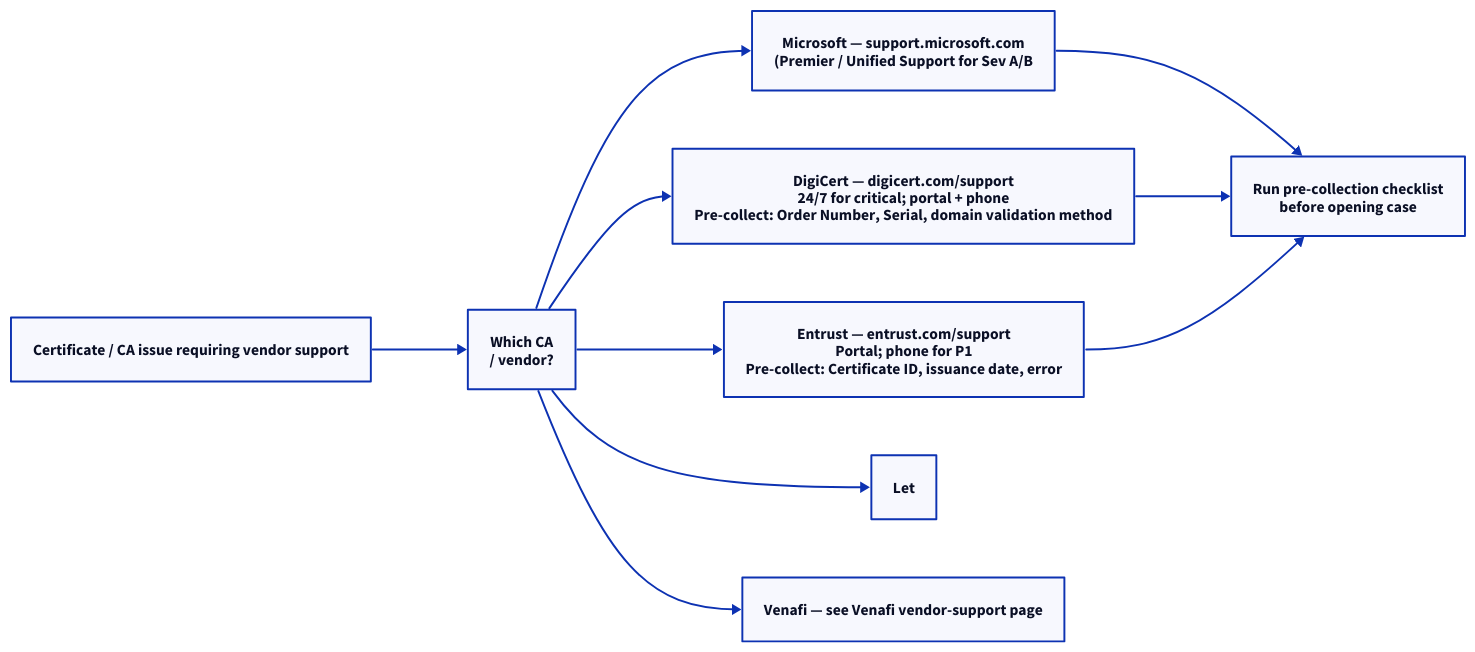
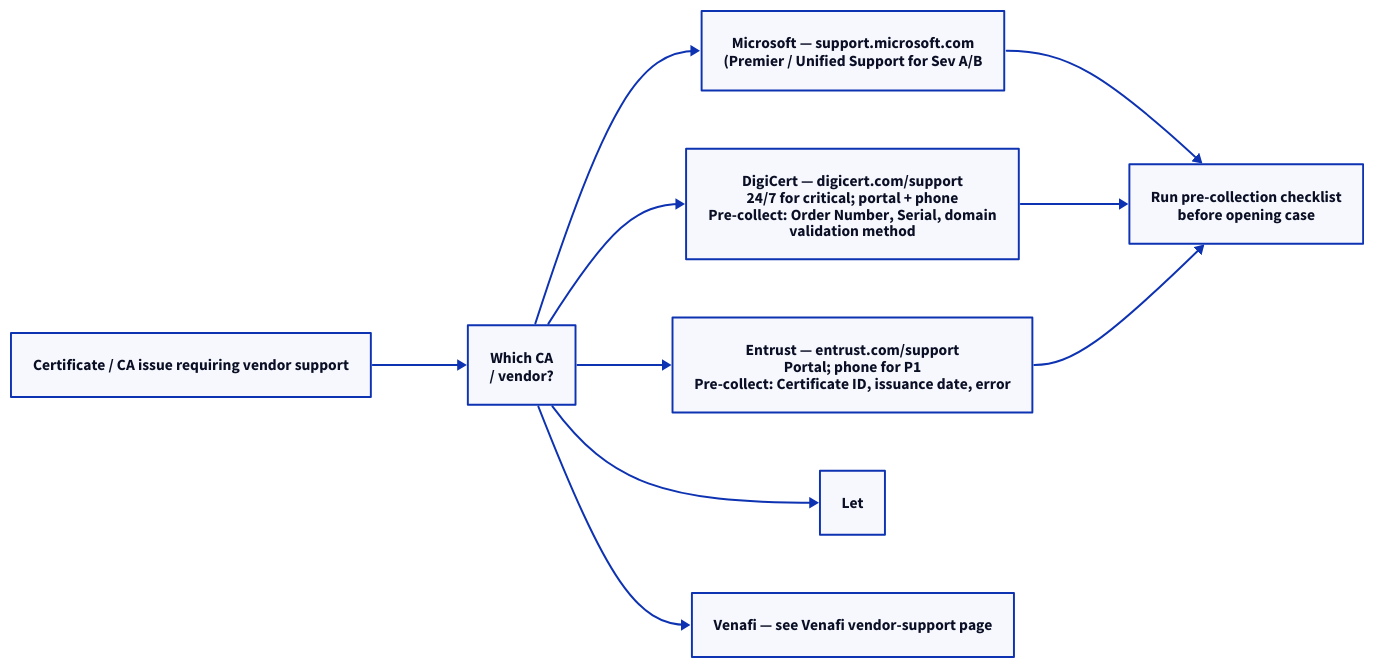
The second of 2 diagrams in docs/security/certificates/troubleshooting/escalation/index.md (canast01/chris-kb), drawn with D2 before and after one commit. The commit also changed 192 other files, not shown here.

````diff
--- a/docs/security/certificates/troubleshooting/escalation/index.md
+++ b/docs/security/certificates/troubleshooting/escalation/index.md
@@ -212,22 +212,22 @@
 ```d2
 direction: right
 
 issue: "Certificate / CA issue requiring vendor support" {shape: rectangle}
 vendor: "Which CA\n/ vendor?" {shape: rectangle}
 msSupport: "Microsoft — support.microsoft.com\n(Premier / Unified Support for Sev A/B" {shape: rectangle}
-dgSupport: "DigiCert — digicert.com/support\n24/7 for critical; portal + phone\nPre-collect: Order Number, Serial, domain validation method" {shape: rectangle}
+dgSupport: "DigiCert — digicert.com/support\n24/7 for critical; portal + phone\nPre-collect: Order Number, Serial, domain\nvalidation method" {shape: rectangle}
 enSupport: "Entrust — entrust.com/support\nPortal; phone for P1\nPre-collect: Certificate ID, issuance date, error" {shape: rectangle}
 leSupport: "Let" {shape: rectangle}
 venafiSupport: "Venafi — see Venafi vendor-support page" {shape: rectangle}
 preCollect: "Run pre-collection checklist\nbefore opening case" {shape: rectangle}
 
 issue -> vendor
 vendor -> msSupport
 vendor -> dgSupport
 vendor -> enSupport
 vendor -> leSupport
 vendor -> venafiSupport
 msSupport -> preCollect
 dgSupport -> preCollect
 enSupport -> preCollect
 ```
````
